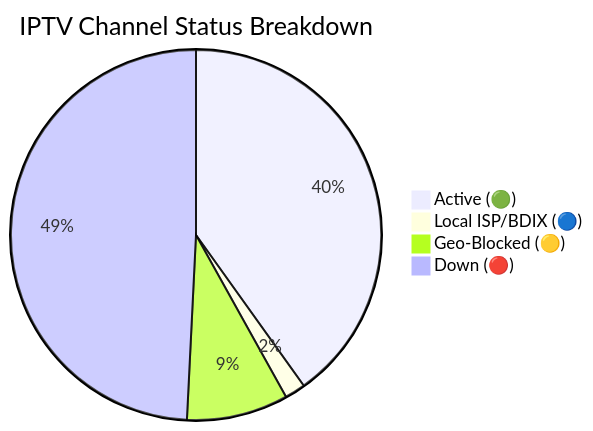
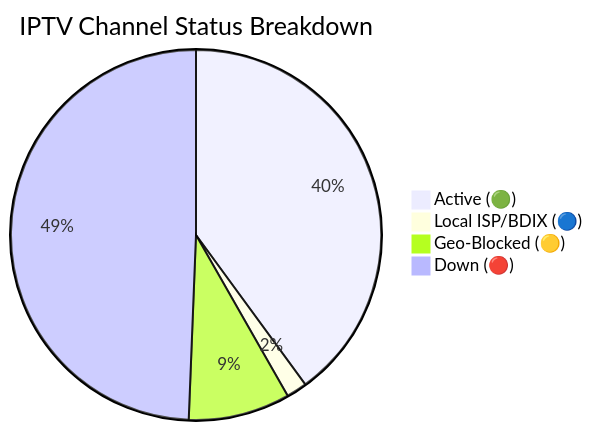
The diagram in README.md (andreataylord/Ip-tv-Collection), drawn with Mermaid before and after one commit. The commit also changed other lines of this file and 1 other file, not shown here.

Commit message:
docs(readme): auto-update daily channel status chart

````diff
--- a/README.md
+++ b/README.md
@@ -59,7 +59,7 @@
 ```mermaid
 pie title IPTV Channel Status Breakdown
-    "Active (🟢)" : 2848
+    "Active (🟢)" : 2836
     "Local ISP/BDIX (🔵)" : 128
-    "Geo-Blocked (🟡)" : 629
-    "Down (🔴)" : 3494
+    "Geo-Blocked (🟡)" : 630
+    "Down (🔴)" : 3505
 ```
````
